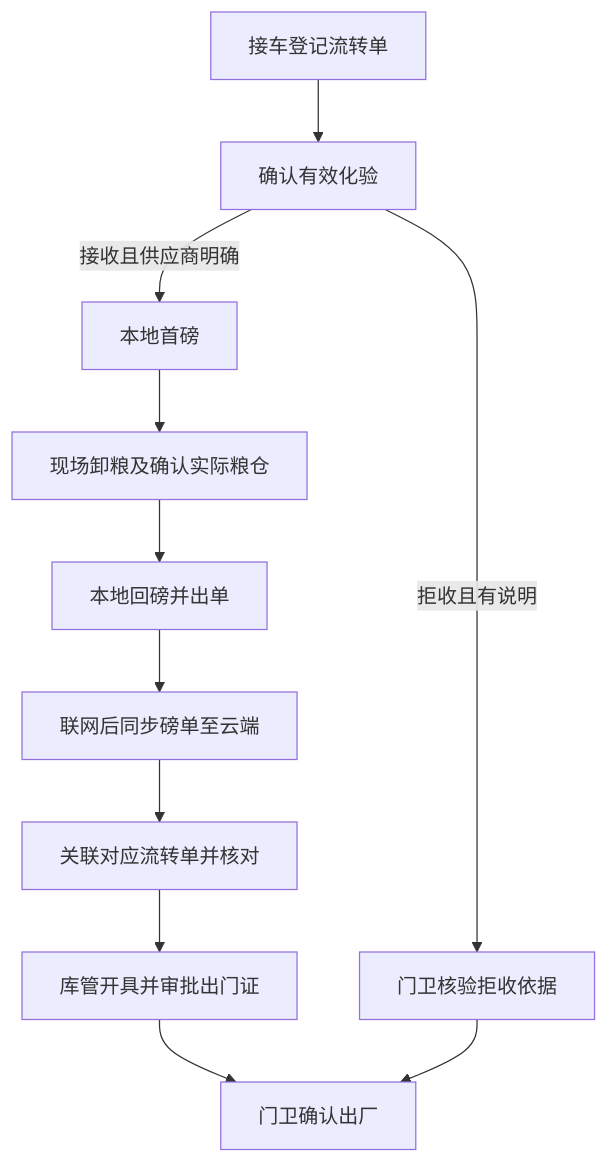
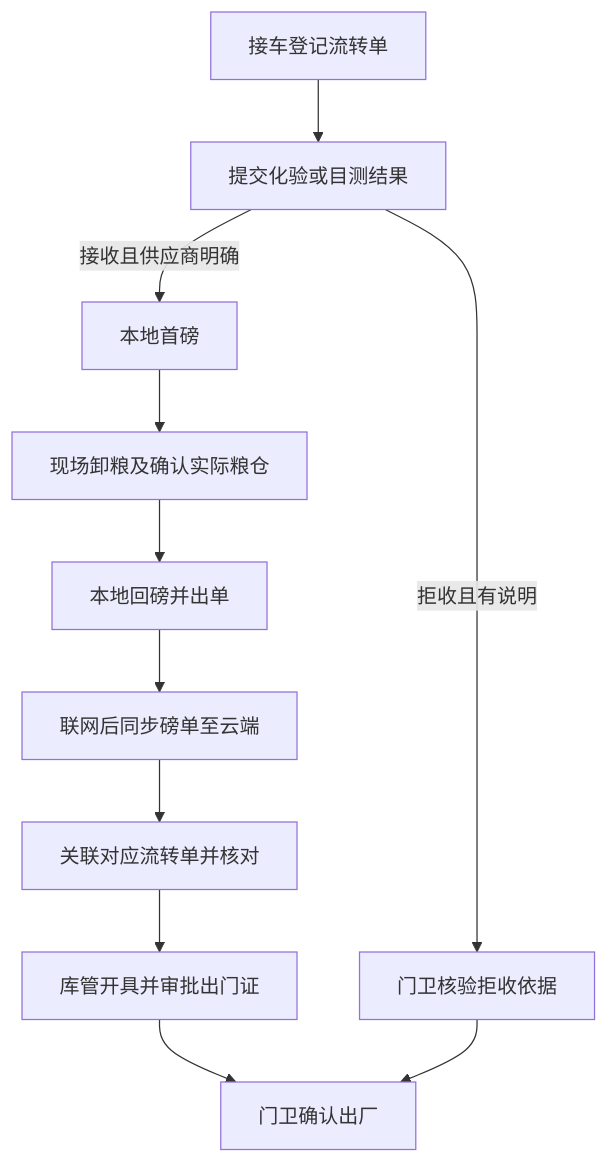
One commit to EziosWJ/fenchichun-cloud changed the diagram in docs/requirements/grain-intake-state-machine.md. Above: the diagram before and after it, drawn with Mermaid. The commit also changed other lines of this file and 19 other files, not shown here.

````diff
--- a/docs/requirements/grain-intake-state-machine.md
+++ b/docs/requirements/grain-intake-state-machine.md
@@ -7,13 +7,13 @@
 ```mermaid
 flowchart TD
-    A[接车登记流转单] --> B[确认有效化验]
+    A[接车登记流转单] --> B[提交化验或目测结果]
     B -->|接收且供应商明确| C[本地首磅]
     C --> D[现场卸粮及确认实际粮仓]
     D --> E[本地回磅并出单]
     E --> F[联网后同步磅单至云端]
     F --> G[关联对应流转单并核对]
     G --> H[库管开具并审批出门证]
     H --> I[门卫确认出厂]
     B -->|拒收且有说明| J[门卫核验拒收依据]
     J --> I
 ```
````
